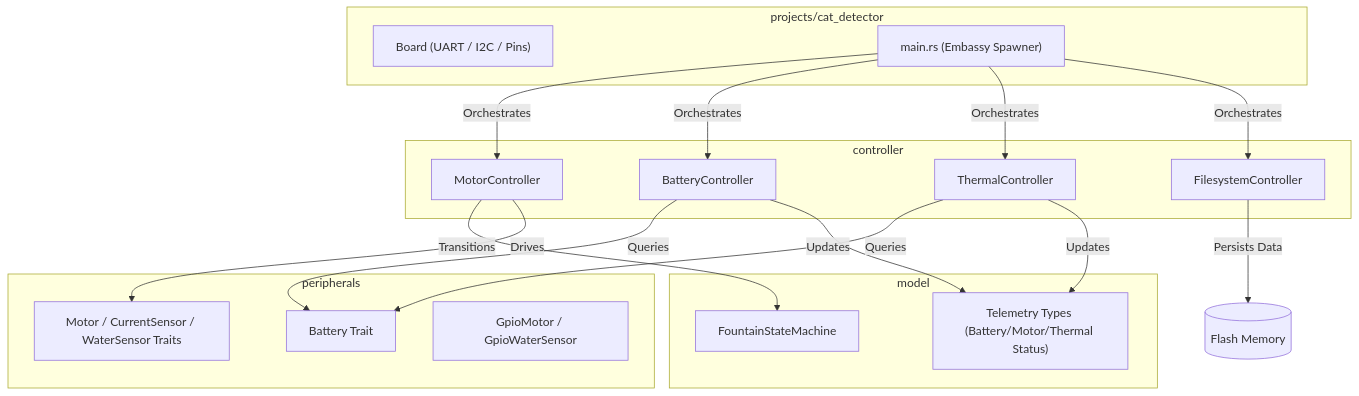
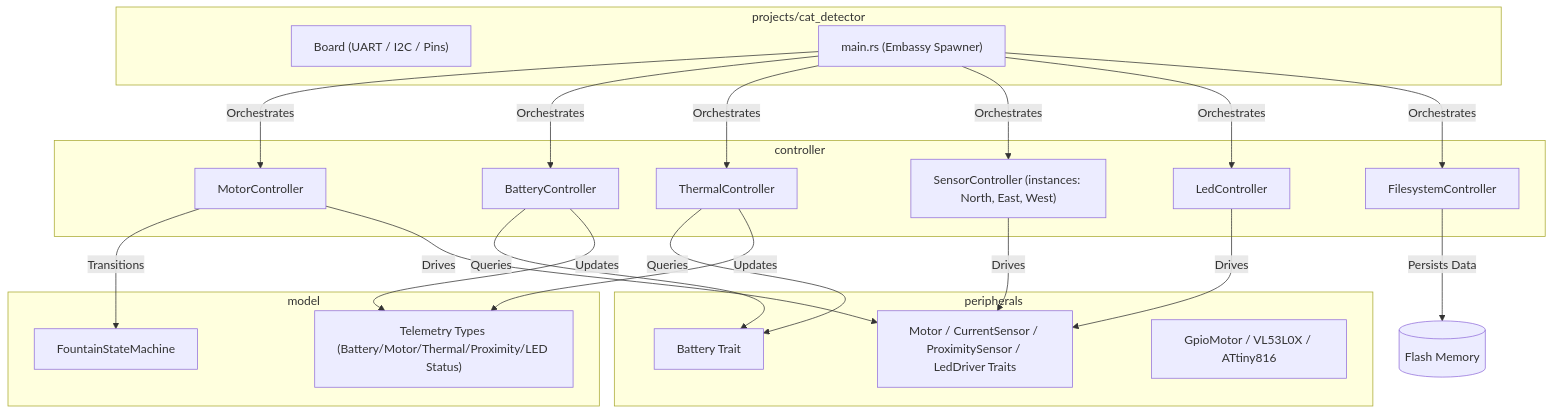
The first of 2 diagrams in projects/cat_detector.md (picklethecat1488-hue/firmware), drawn with Mermaid before and after one commit. The commit also changed other lines of this file and 19 other files, not shown here.

````diff
--- a/projects/cat_detector.md
+++ b/projects/cat_detector.md
@@ -11,32 +11,34 @@
 ```mermaid
 graph TD
     subgraph Controller Crate [controller]
         MC["MotorController"]
         BC["BatteryController"]
         TC["ThermalController"]
+        SC["SensorController (instances: North, East, West)"]
+        LC["LedController"]
         FSC["FilesystemController"]
     end
 
     subgraph Model Crate [model]
         FSM["FountainStateMachine"]
-        TS["Telemetry Types (Battery/Motor/Thermal Status)"]
+        TS["Telemetry Types (Battery/Motor/Thermal/Proximity/LED Status)"]
     end
 
     subgraph Peripherals Crate [peripherals]
-        PT["Motor / CurrentSensor / WaterSensor Traits"]
+        PT["Motor / CurrentSensor / ProximitySensor / LedDriver Traits"]
         BT["Battery Trait"]
-        GM["GpioMotor / GpioWaterSensor"]
+        GM["GpioMotor / VL53L0X / ATtiny816"]
     end
 
     subgraph BSP / Target [projects/cat_detector]
         Board["Board (UART / I2C / Pins)"]
         Main["main.rs (Embassy Spawner)"]
     end
 
-    Main -->|Orchestrates| MC & BC & TC & FSC
+    Main -->|Orchestrates| MC & BC & TC & SC & LC & FSC
     MC -->|Transitions| FSM
-    MC -->|Drives| PT
+    MC & SC & LC -->|Drives| PT
     BC & TC -->|Queries| BT
     BC & TC -->|Updates| TS
     FSC -->|Persists Data| Flash[("Flash Memory")]
 ```
````
